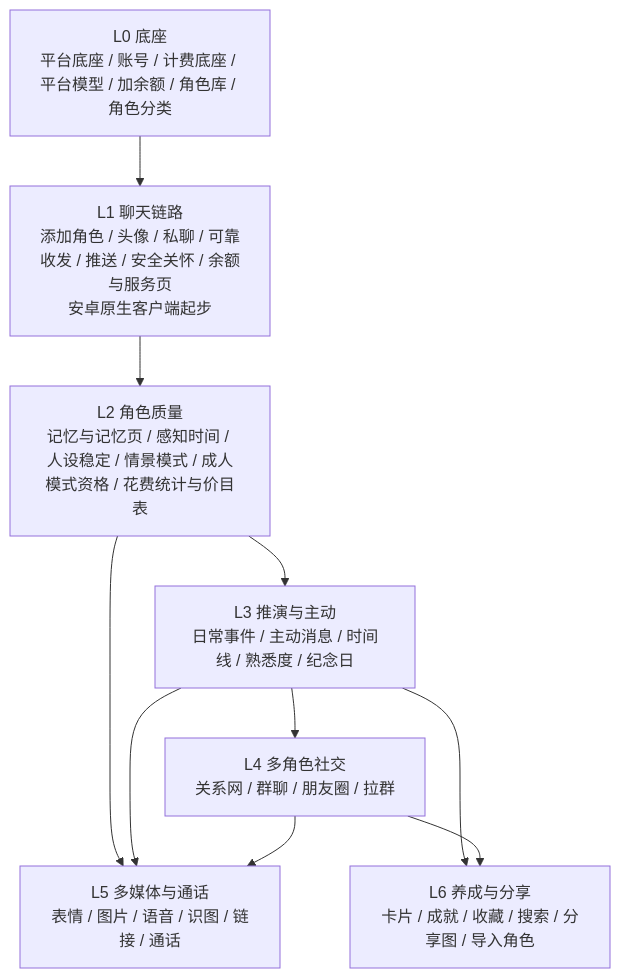
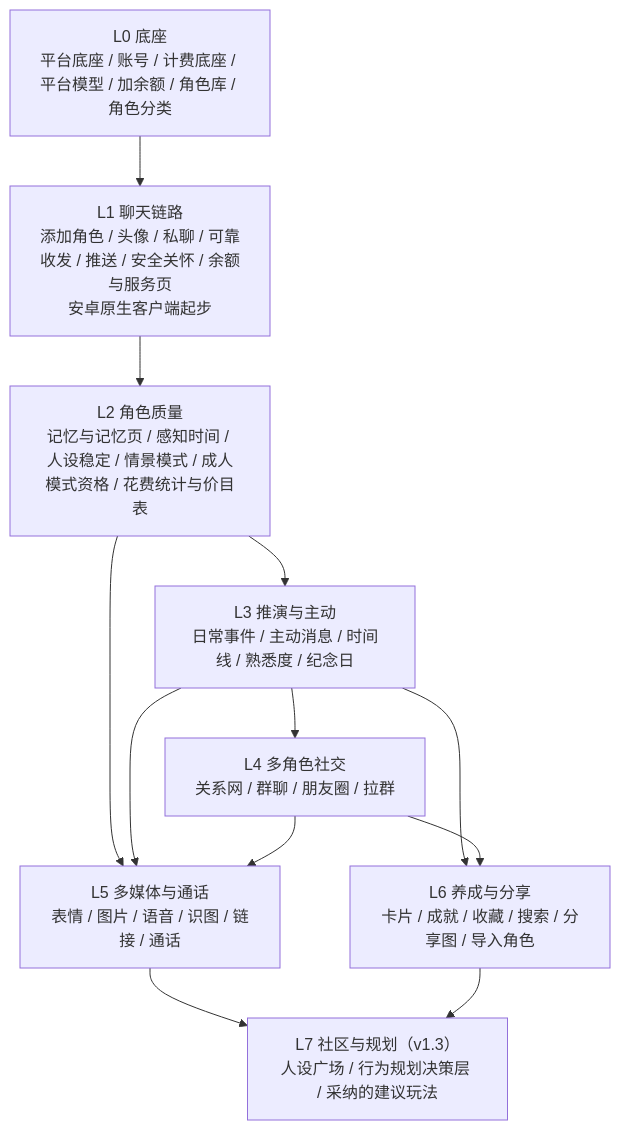
One commit to yottermanzione-ship-it/weiban changed the diagram in docs/product/prd-v1.md. Above: the diagram before and after it, drawn with Mermaid. The commit also changed other lines of this file and 23 other files, not shown here.

````diff
--- a/docs/product/prd-v1.md
+++ b/docs/product/prd-v1.md
@@ -347,12 +410,14 @@
 ```mermaid
 graph TD
   L0[L0 底座<br/>平台底座 / 账号 / 计费底座 / 平台模型 / 加余额 / 角色库 / 角色分类] --> L1[L1 聊天链路<br/>添加角色 / 头像 / 私聊 / 可靠收发 / 推送 / 安全关怀 / 余额与服务页<br/>安卓原生客户端起步]
   L1 --> L2[L2 角色质量<br/>记忆与记忆页 / 感知时间 / 人设稳定 / 情景模式 / 成人模式资格 / 花费统计与价目表]
   L2 --> L3[L3 推演与主动<br/>日常事件 / 主动消息 / 时间线 / 熟悉度 / 纪念日]
   L3 --> L4[L4 多角色社交<br/>关系网 / 群聊 / 朋友圈 / 拉群]
   L2 --> L5[L5 多媒体与通话<br/>表情 / 图片 / 语音 / 识图 / 链接 / 通话]
   L3 --> L5
   L4 --> L5
   L3 --> L6[L6 养成与分享<br/>卡片 / 成就 / 收藏 / 搜索 / 分享图 / 导入角色]
   L4 --> L6
+  L5 --> L7[L7 社区与规划（v1.3）<br/>人设广场 / 行为规划决策层 / 采纳的建议玩法]
+  L6 --> L7
 ```
````
